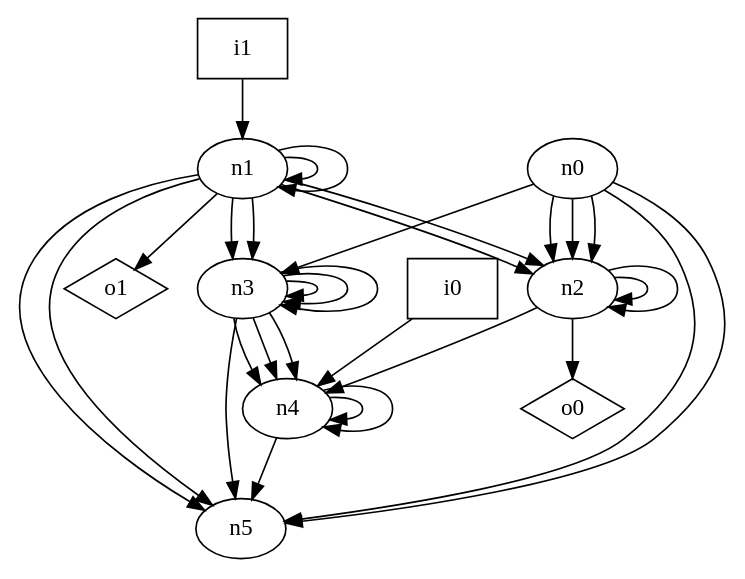
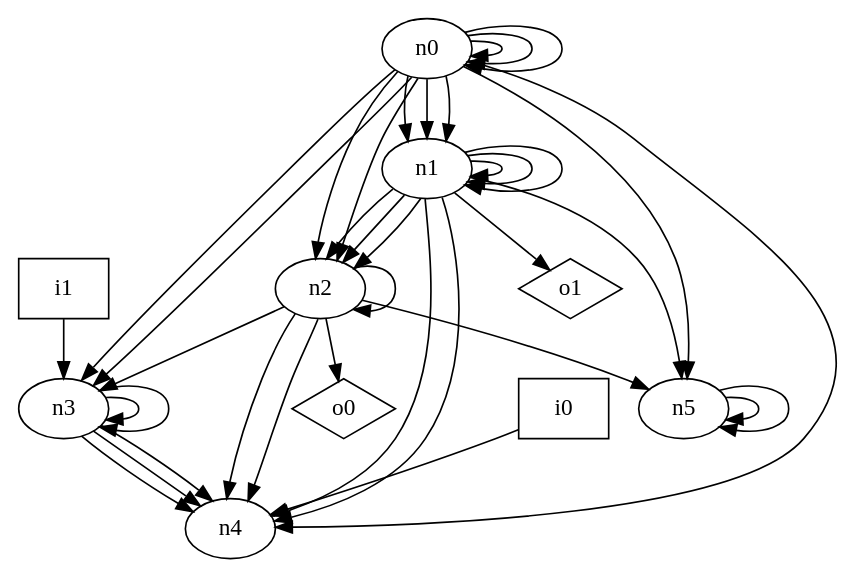
Before and after one commit to p9romain/bool-circuits: the diagram in dot_files/random_graph/DAG_graph.dot, drawn with Graphviz. The commit also changed 46 other files, not shown here.

```diff
--- a/dot_files/random_graph/DAG_graph.dot
+++ b/dot_files/random_graph/DAG_graph.dot
@@ -1,43 +1,49 @@
 digraph G {
 n0 [label="n0"];
 n1 [label="n1"];
 n2 [label="n2"];
 n3 [label="n3"];
 n4 [label="n4"];
 n5 [label="n5"];
 n6 [label="i0",shape="box"];
 n7 [label="i1",shape="box"];
 n8 [label="o0",shape="diamond"];
 n9 [label="o1",shape="diamond"];
-n0 -> n2
+n0 -> n0
+n0 -> n0
+n0 -> n0
+n0 -> n1
+n0 -> n1
+n0 -> n1
 n0 -> n2
 n0 -> n2
 n0 -> n3
+n0 -> n3
+n0 -> n4
 n0 -> n5
-n0 -> n5
+n1 -> n1
 n1 -> n1
 n1 -> n1
 n1 -> n2
 n1 -> n2
-n1 -> n3
-n1 -> n3
-n1 -> n5
+n1 -> n2
+n1 -> n4
+n1 -> n4
 n1 -> n5
 n1 -> n9
 n2 -> n2
-n2 -> n2
+n2 -> n3
 n2 -> n4
+n2 -> n4
+n2 -> n5
 n2 -> n8
-n3 -> n3
 n3 -> n3
 n3 -> n3
 n3 -> n4
 n3 -> n4
 n3 -> n4
-n3 -> n5
-n4 -> n4
-n4 -> n4
-n4 -> n5
+n5 -> n5
+n5 -> n5
 n6 -> n4
-n7 -> n1
+n7 -> n3
 }
```
